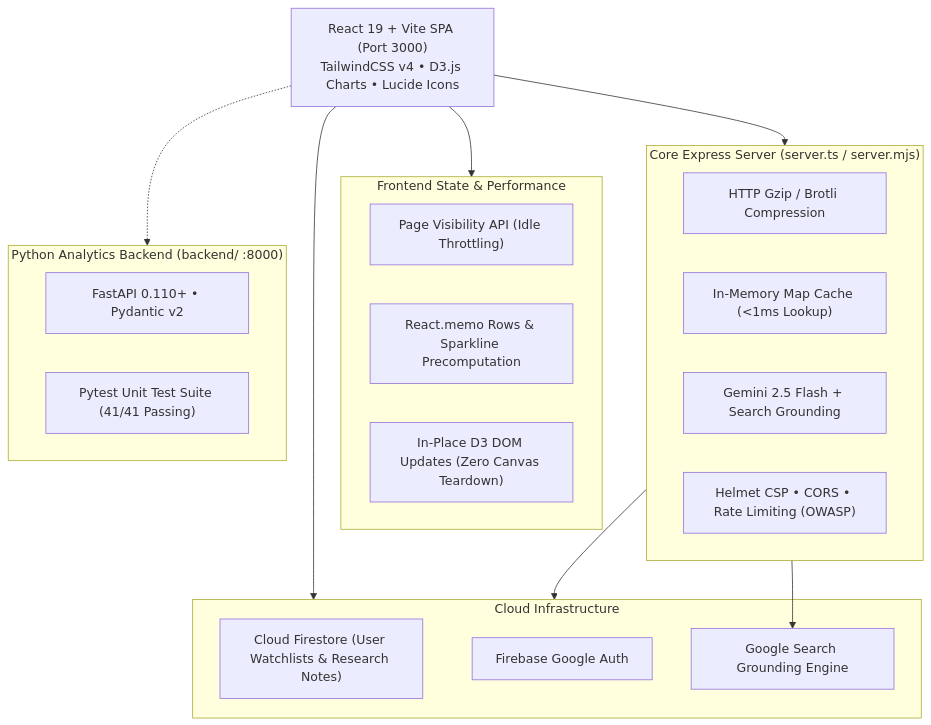
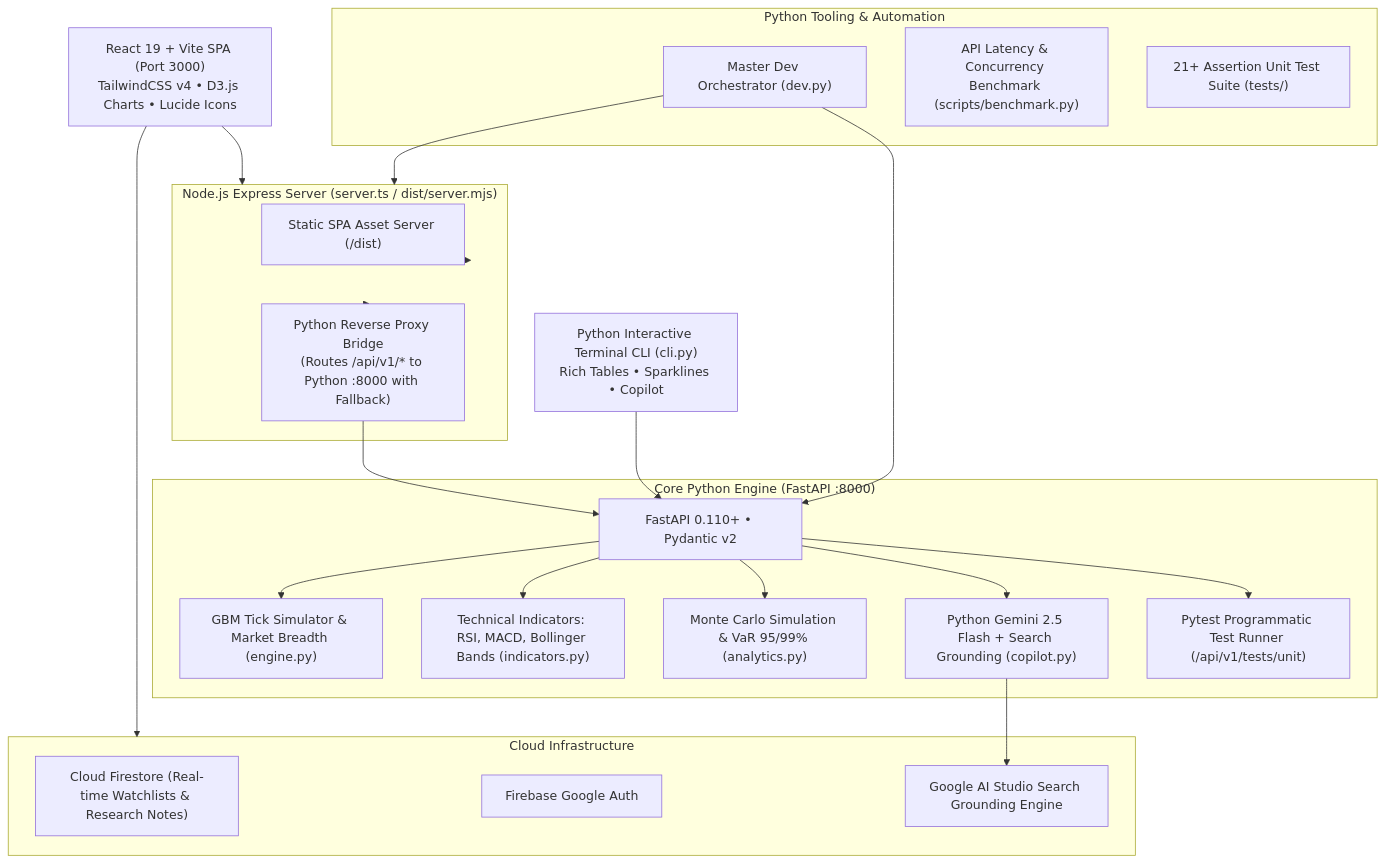
One commit to ishaan-gitoutlook/google_AI_studio_StockPulseApp-vibe_coded changed the diagram in IMPLEMENTATION_PLAN.md. Above: the diagram before and after it, drawn with Mermaid. The commit also changed other lines of this file and 15 other files, not shown here.

Commit message:
feat: implement Python-First full-stack architecture with quant indicators, Monte Carlo risk, terminal CLI, and dev orchestrator

````diff
--- a/IMPLEMENTATION_PLAN.md
+++ b/IMPLEMENTATION_PLAN.md
@@ -11,35 +9,48 @@
 ```mermaid
 graph TD
     Client["React 19 + Vite SPA (Port 3000)<br/>TailwindCSS v4 • D3.js Charts • Lucide Icons"]
-    
-    subgraph FrontendState ["Frontend State & Performance"]
-        PVis["Page Visibility API (Idle Throttling)"]
-        MemoR["React.memo Rows & Sparkline Precomputation"]
-        InPlaceD3["In-Place D3 DOM Updates (Zero Canvas Teardown)"]
-    end
-    
-    subgraph NodeBackend ["Core Express Server (server.ts / server.mjs)"]
-        Comp["HTTP Gzip / Brotli Compression"]
-        MemCache["In-Memory Map Cache (<1ms Lookup)"]
-        GeminiCopilot["Gemini 2.5 Flash + Search Grounding"]
-        SecShield["Helmet CSP • CORS • Rate Limiting (OWASP)"]
+    TerminalCLI["Python Interactive Terminal CLI (cli.py)<br/>Rich Tables • Sparklines • Copilot"]
+
+    subgraph NodeProxy ["Node.js Express Server (server.ts / dist/server.mjs)"]
+        SPAHost["Static SPA Asset Server (/dist)"]
+        ProxyForward["Python Reverse Proxy Bridge<br/>(Routes /api/v1/* to Python :8000 with Fallback)"]
     end
 
-    subgraph PythonBackend ["Python Analytics Backend (backend/ :8000)"]
-        FastAPI["FastAPI 0.110+ • Pydantic v2"]
-        Pytest["Pytest Unit Test Suite (41/41 Passing)"]
+    subgraph PythonCore ["Core Python Engine (FastAPI :8000)"]
+        FastAPIEngine["FastAPI 0.110+ • Pydantic v2"]
+        GBMEngine["GBM Tick Simulator & Market Breadth (engine.py)"]
+        IndicatorsEngine["Technical Indicators: RSI, MACD, Bollinger Bands (indicators.py)"]
+        AnalyticsEngine["Monte Carlo Simulation & VaR 95/99% (analytics.py)"]
+        CopilotEngine["Python Gemini 2.5 Flash + Search Grounding (copilot.py)"]
+        PytestRunner["Pytest Programmatic Test Runner (/api/v1/tests/unit)"]
+    end
+
+    subgraph PythonTooling ["Python Tooling & Automation"]
+        DevOrchestrator["Master Dev Orchestrator (dev.py)"]
+        BenchmarkTool["API Latency & Concurrency Benchmark (scripts/benchmark.py)"]
+        PytestSuite["21+ Assertion Unit Test Suite (tests/)"]
     end
 
     subgraph CloudServices ["Cloud Infrastructure"]
-        Firestore["Cloud Firestore (User Watchlists & Research Notes)"]
+        Firestore["Cloud Firestore (Real-time Watchlists & Research Notes)"]
         FirebaseAuth["Firebase Google Auth"]
-        GoogleSearch["Google Search Grounding Engine"]
+        GoogleSearch["Google AI Studio Search Grounding Engine"]
     end
 
-    Client --> FrontendState
-    Client --> NodeBackend
-    Client -.-> PythonBackend
+    Client --> NodeProxy
+    NodeProxy --> SPAHost
+    NodeProxy --> ProxyForward
+    ProxyForward --> FastAPIEngine
+    TerminalCLI --> FastAPIEngine
+
+    FastAPIEngine --> GBMEngine
+    FastAPIEngine --> IndicatorsEngine
+    FastAPIEngine --> AnalyticsEngine
+    FastAPIEngine --> CopilotEngine
+    FastAPIEngine --> PytestRunner
+
+    DevOrchestrator --> NodeProxy
+    DevOrchestrator --> FastAPIEngine
+    CopilotEngine --> GoogleSearch
     Client --> CloudServices
-    NodeBackend --> GoogleSearch
-    NodeBackend --> CloudServices
 ```
````
